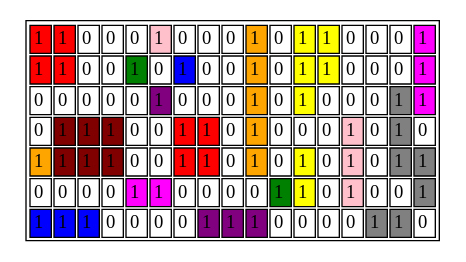
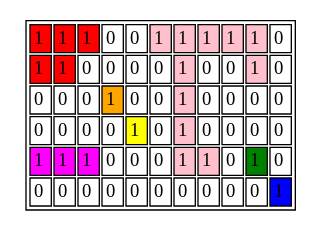
Before and after one commit to JColindres/EDD-DIC2018: the diagram in [EDD]Practica1_201602713/mapa.dot, drawn with Graphviz. The commit also changed 10 other files, not shown here.

```diff
--- a/[EDD]Practica1_201602713/mapa.dot
+++ b/[EDD]Practica1_201602713/mapa.dot
@@ -1,16 +1,14 @@
 digraph G { table [ shape = plaintext label=<<table>
 <tr>
-<td bgcolor="red">1</td><td bgcolor="red">1</td><td>0</td><td>0</td><td>0</td><td bgcolor="pink">1</td><td>0</td><td>0</td><td>0</td><td bgcolor="orange">1</td><td>0</td><td bgcolor="yellow">1</td><td bgcolor="yellow">1</td><td>0</td><td>0</td><td>0</td><td bgcolor="magenta">1</td></tr>
+<td bgcolor="red">1</td><td bgcolor="red">1</td><td bgcolor="red">1</td><td>0</td><td>0</td><td bgcolor="pink">1</td><td bgcolor="pink">1</td><td bgcolor="pink">1</td><td bgcolor="pink">1</td><td bgcolor="pink">1</td><td>0</td></tr>
 <tr>
-<td bgcolor="red">1</td><td bgcolor="red">1</td><td>0</td><td>0</td><td bgcolor="green">1</td><td>0</td><td bgcolor="blue">1</td><td>0</td><td>0</td><td bgcolor="orange">1</td><td>0</td><td bgcolor="yellow">1</td><td bgcolor="yellow">1</td><td>0</td><td>0</td><td>0</td><td bgcolor="magenta">1</td></tr>
+<td bgcolor="red">1</td><td bgcolor="red">1</td><td>0</td><td>0</td><td>0</td><td>0</td><td bgcolor="pink">1</td><td>0</td><td>0</td><td bgcolor="pink">1</td><td>0</td></tr>
 <tr>
-<td>0</td><td>0</td><td>0</td><td>0</td><td>0</td><td bgcolor="purple">1</td><td>0</td><td>0</td><td>0</td><td bgcolor="orange">1</td><td>0</td><td bgcolor="yellow">1</td><td>0</td><td>0</td><td>0</td><td bgcolor="gray">1</td><td bgcolor="magenta">1</td></tr>
+<td>0</td><td>0</td><td>0</td><td bgcolor="orange">1</td><td>0</td><td>0</td><td bgcolor="pink">1</td><td>0</td><td>0</td><td>0</td><td>0</td></tr>
 <tr>
-<td>0</td><td bgcolor="maroon">1</td><td bgcolor="maroon">1</td><td bgcolor="maroon">1</td><td>0</td><td>0</td><td bgcolor="red">1</td><td bgcolor="red">1</td><td>0</td><td bgcolor="orange">1</td><td>0</td><td>0</td><td>0</td><td bgcolor="pink">1</td><td>0</td><td bgcolor="gray">1</td><td>0</td></tr>
+<td>0</td><td>0</td><td>0</td><td>0</td><td bgcolor="yellow">1</td><td>0</td><td bgcolor="pink">1</td><td>0</td><td>0</td><td>0</td><td>0</td></tr>
 <tr>
-<td bgcolor="orange">1</td><td bgcolor="maroon">1</td><td bgcolor="maroon">1</td><td bgcolor="maroon">1</td><td>0</td><td>0</td><td bgcolor="red">1</td><td bgcolor="red">1</td><td>0</td><td bgcolor="orange">1</td><td>0</td><td bgcolor="yellow">1</td><td>0</td><td bgcolor="pink">1</td><td>0</td><td bgcolor="gray">1</td><td bgcolor="gray">1</td></tr>
+<td bgcolor="magenta">1</td><td bgcolor="magenta">1</td><td bgcolor="magenta">1</td><td>0</td><td>0</td><td>0</td><td bgcolor="pink">1</td><td bgcolor="pink">1</td><td>0</td><td bgcolor="green">1</td><td>0</td></tr>
 <tr>
-<td>0</td><td>0</td><td>0</td><td>0</td><td bgcolor="magenta">1</td><td bgcolor="magenta">1</td><td>0</td><td>0</td><td>0</td><td>0</td><td bgcolor="green">1</td><td bgcolor="yellow">1</td><td>0</td><td bgcolor="pink">1</td><td>0</td><td>0</td><td bgcolor="gray">1</td></tr>
-<tr>
-<td bgcolor="blue">1</td><td bgcolor="blue">1</td><td bgcolor="blue">1</td><td>0</td><td>0</td><td>0</td><td>0</td><td bgcolor="purple">1</td><td bgcolor="purple">1</td><td bgcolor="purple">1</td><td>0</td><td>0</td><td>0</td><td>0</td><td bgcolor="gray">1</td><td bgcolor="gray">1</td><td>0</td></tr>
+<td>0</td><td>0</td><td>0</td><td>0</td><td>0</td><td>0</td><td>0</td><td>0</td><td>0</td><td>0</td><td bgcolor="blue">1</td></tr>
 </table>>];}
```
